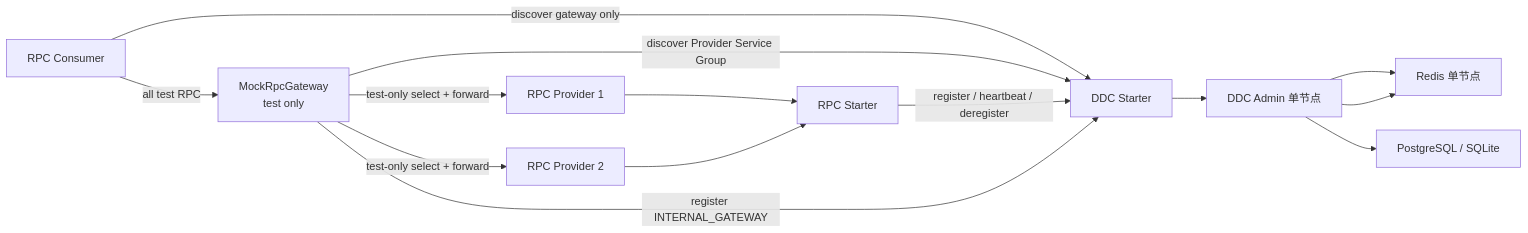
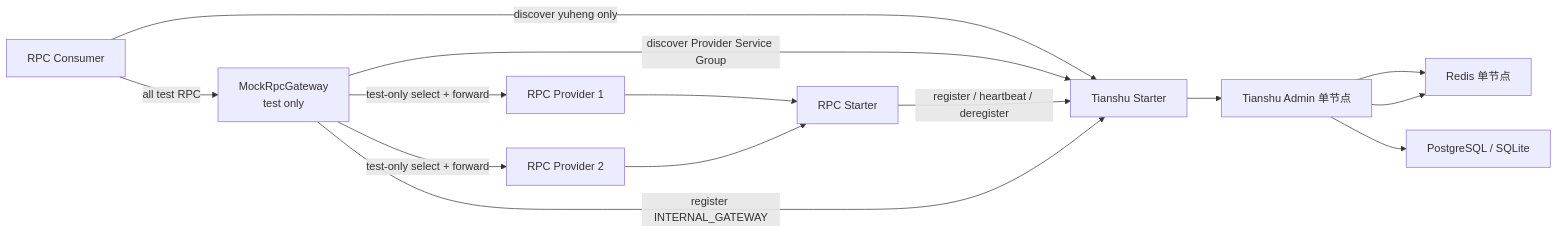
The first of 2 diagrams in docs/superpowers/specs/2026-07-24-ddc-standalone-rpc-framework-design.md (AllenDEricDAlexander/Egon-COLA), drawn with Mermaid before and after one commit. The commit also changed other lines of this file and 233 other files, not shown here.

````diff
--- a/docs/superpowers/specs/2026-07-24-ddc-standalone-rpc-framework-design.md
+++ b/docs/superpowers/specs/2026-07-24-ddc-standalone-rpc-framework-design.md
@@ -172,30 +172,30 @@
 ```mermaid
 flowchart LR
     Consumer["RPC Consumer"]
     MockGateway["MockRpcGateway<br/>test only"]
     Provider1["RPC Provider 1"]
     Provider2["RPC Provider 2"]
     RpcStarter["RPC Starter"]
-    DdcStarter["DDC Starter"]
-    DdcAdmin["DDC Admin 单节点"]
+    DdcStarter["Tianshu Starter"]
+    DdcAdmin["Tianshu Admin 单节点"]
     Redis["Redis 单节点"]
     Database["PostgreSQL / SQLite"]
 
-    Consumer -->|"discover gateway only"| DdcStarter
+    Consumer -->|"discover yuheng only"| DdcStarter
     DdcStarter --> DdcAdmin
     DdcAdmin --> Redis
 
     Consumer -->|"all test RPC"| MockGateway
     MockGateway -->|"discover Provider Service Group"| DdcStarter
     MockGateway -->|"test-only select + forward"| Provider1
     MockGateway -->|"test-only select + forward"| Provider2
 
     Provider1 --> RpcStarter
     Provider2 --> RpcStarter
     RpcStarter -->|"register / heartbeat / deregister"| DdcStarter
 
     MockGateway -->|"register INTERNAL_GATEWAY"| DdcStarter
 
     DdcAdmin --> Database
     DdcAdmin --> Redis
 ```
````
